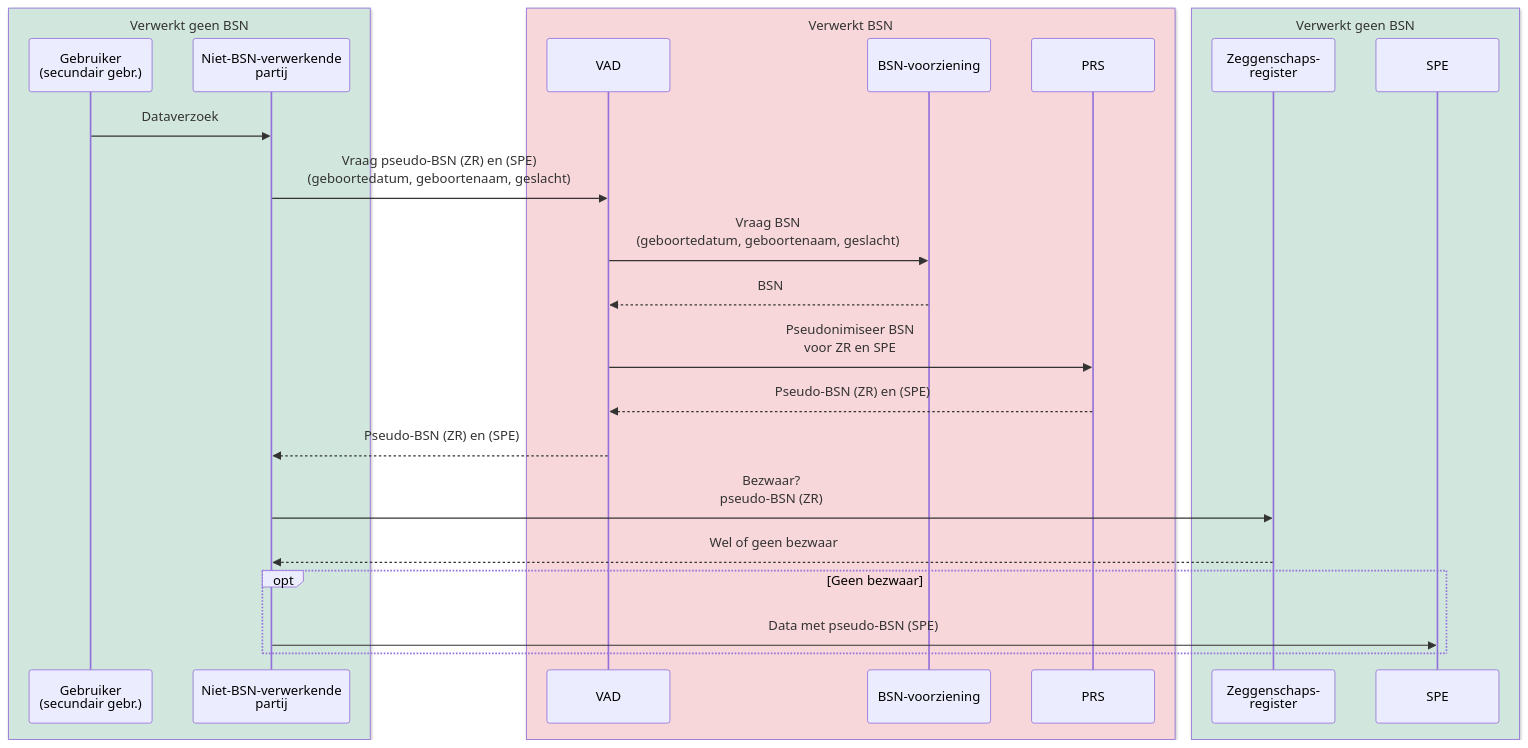
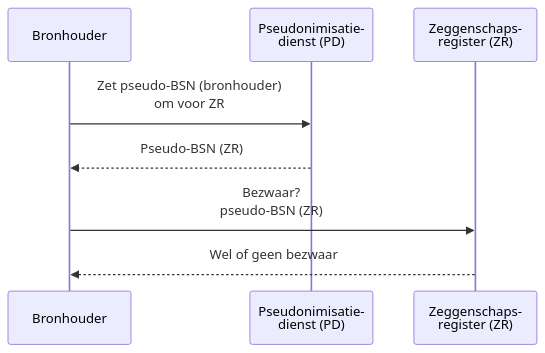
One commit to minvws/generiekefuncties-docs changed the sixth of 9 diagrams in input/pagecontent/identification-sg.md. Above: the diagram before and after it, drawn with Mermaid. The commit also changed other lines of this file and 1 other file, not shown here.

````diff
--- a/input/pagecontent/identification-sg.md
+++ b/input/pagecontent/identification-sg.md
@@ -321,29 +305,11 @@
 ```mermaid
 sequenceDiagram
-    box rgb(209,231,221) Verwerkt geen BSN
-        participant gebruiker as Gebruiker<br/>(secundair gebr.)
-        participant partij as Niet-BSN-verwerkende<br/>partij
-    end
-    box rgb(248,215,218) Verwerkt BSN
-        participant vad as VAD
-        participant sbvz as BSN-voorziening
-        participant prs as PRS
-    end
-    box rgb(209,231,221) Verwerkt geen BSN
-        participant zr as Zeggenschaps-<br/>register
-        participant spe as SPE
-    end
+    participant bronhouder as Bronhouder
+    participant pd as Pseudonimisatie-<br/>dienst (PD)
+    participant zr as Zeggenschaps-<br/>register (ZR)
 
-    gebruiker->>partij: Dataverzoek
-    partij->>vad: Vraag pseudo-BSN (ZR) en (SPE)<br/>(geboortedatum, geboortenaam, geslacht)
-    vad->>sbvz: Vraag BSN<br/>(geboortedatum, geboortenaam, geslacht)
-    sbvz-->>vad: BSN
-    vad->>prs: Pseudonimiseer BSN<br/>voor ZR en SPE
-    prs-->>vad: Pseudo-BSN (ZR) en (SPE)
-    vad-->>partij: Pseudo-BSN (ZR) en (SPE)
-    partij->>zr: Bezwaar?<br/>pseudo-BSN (ZR)
-    zr-->>partij: Wel of geen bezwaar
-    opt Geen bezwaar
-        partij->>spe: Data met pseudo-BSN (SPE)
-    end
+    bronhouder->>pd: Zet pseudo-BSN (bronhouder)<br/>om voor ZR
+    pd-->>bronhouder: Pseudo-BSN (ZR)
+    bronhouder->>zr: Bezwaar?<br/>pseudo-BSN (ZR)
+    zr-->>bronhouder: Wel of geen bezwaar
 ```
````
